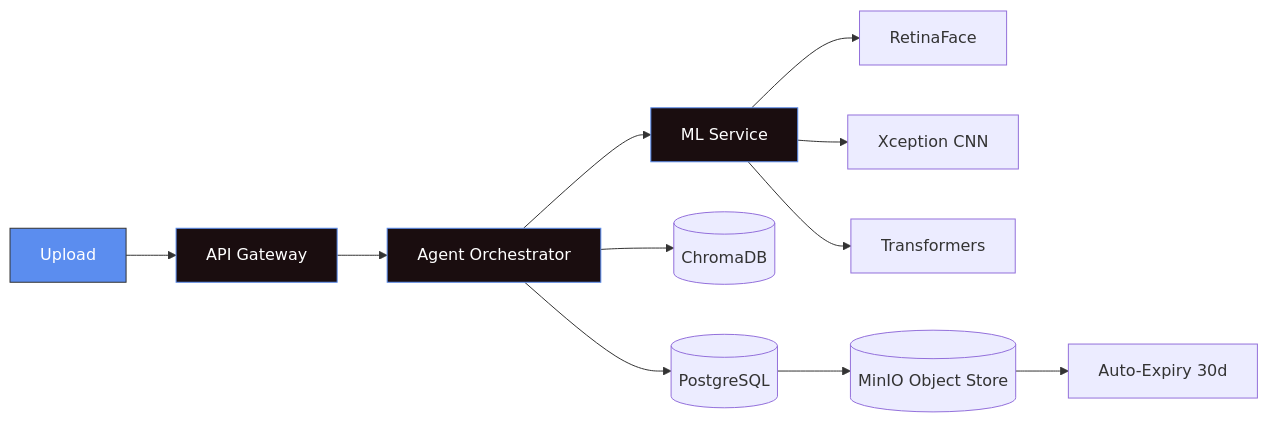
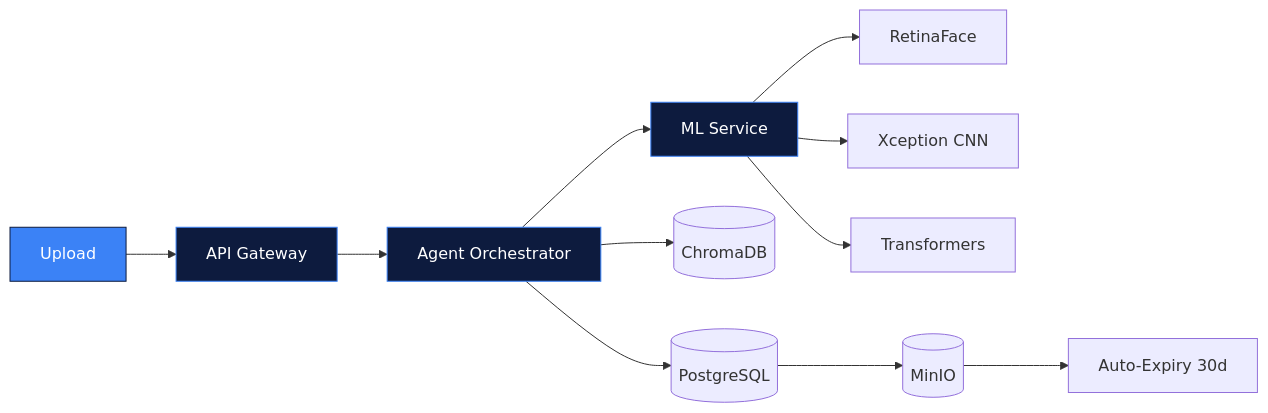
The first of 5 diagrams in README.md (Santhosh-p653/Santhosh-p653), drawn with Mermaid before and after one commit. The commit also changed other lines of this file, not shown here.

````diff
--- a/README.md
+++ b/README.md
@@ -178,18 +138,18 @@
 ```mermaid
 flowchart LR
     U[Upload] --> API[API Gateway]
     API --> AG[Agent Orchestrator]
     AG --> ML[ML Service]
     ML --> RF[RetinaFace]
     ML --> XC[Xception CNN]
     ML --> TR[Transformers]
     AG --> CH[(ChromaDB)]
     AG --> PG[(PostgreSQL)]
-    PG --> MI[(MinIO Object Store)]
+    PG --> MI[(MinIO)]
     MI --> EX[Auto-Expiry 30d]
 
-    style U fill:#5B8DEF,stroke:#333,color:#fff
-    style API fill:#1a0d0f,stroke:#5B8DEF,color:#fff
-    style AG fill:#1a0d0f,stroke:#5B8DEF,color:#fff
-    style ML fill:#1a0d0f,stroke:#5B8DEF,color:#fff
+    style U fill:#3b82f6,stroke:#0d1b3e,color:#fff
+    style API fill:#0d1b3e,stroke:#3b82f6,color:#fff
+    style AG fill:#0d1b3e,stroke:#3b82f6,color:#fff
+    style ML fill:#0d1b3e,stroke:#3b82f6,color:#fff
 ```
````
